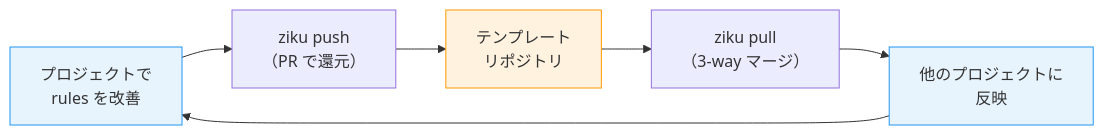
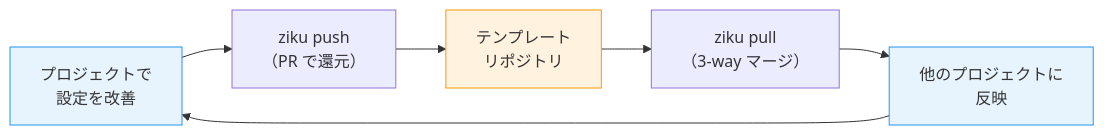
The diagram in articles/ziku-bidirectional-template-manager.md (tktcorporation/zenn-contents), drawn with Mermaid before and after one commit. The commit also changed other lines of this file and 1 other file, not shown here.

````diff
--- a/articles/ziku-bidirectional-template-manager.md
+++ b/articles/ziku-bidirectional-template-manager.md
@@ -50,12 +49,12 @@
 ```mermaid
 graph LR
-    A["プロジェクトで<br/>rules を改善"] --> B["ziku push<br/>（PR で還元）"]
+    A["プロジェクトで<br/>設定を改善"] --> B["ziku push<br/>（PR で還元）"]
     B --> C["テンプレート<br/>リポジトリ"]
     C --> D["ziku pull<br/>（3-way マージ）"]
     D --> E["他のプロジェクトに<br/>反映"]
     E --> A
 
     style A fill:#e8f4fd,stroke:#2196F3
     style C fill:#fff3e0,stroke:#FF9800
     style E fill:#e8f4fd,stroke:#2196F3
 ```
````
